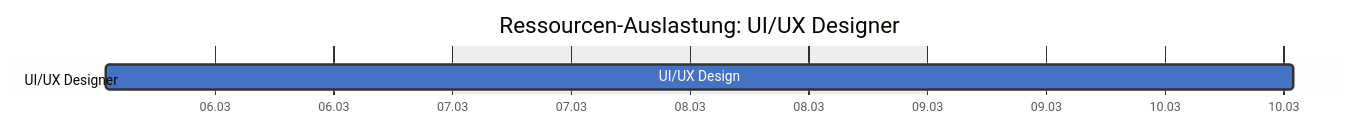
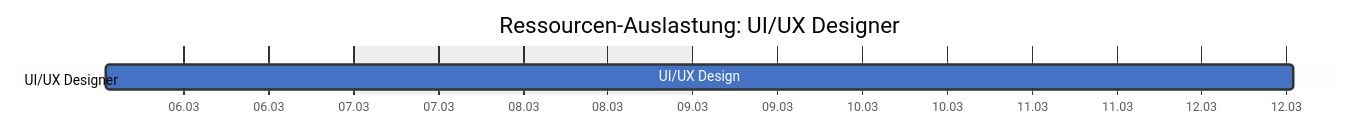
One commit to mistamichael/sproject changed the third of 6 diagrams in doc/result_examples/software_simple.md. Above: the diagram before and after it, drawn with Mermaid. The commit also changed other lines of this file and 48 other files, not shown here.

````diff
--- a/doc/result_examples/software_simple.md
+++ b/doc/result_examples/software_simple.md
@@ -112,12 +114,12 @@
 ```mermaid
 %%{init: {'theme': 'base', 'themeVariables': {'taskBkgColor': '#4472C4', 'taskBorderColor': '#333', 'taskTextColor': '#fff'}}}%%
 gantt
     title Ressourcen-Auslastung: UI/UX Designer
     dateFormat  YYYY-MM-DD HH:mm
     axisFormat  %d.%m
     excludes    weekends, 2026-01-01, 2026-01-06, 2026-04-03, 2026-04-06, 2026-05-01, 2026-05-14, 2026-05-25, 2026-06-04, 2026-08-15, 2026-10-03, 2026-11-01, 2026-12-25, 2026-12-26
 
     section UI/UX Designer
 
-    UI/UX Design                :t0, 2026-03-05 13:00, 2026-03-08 13:00
+    UI/UX Design                :t0, 2026-03-05 13:00, 2026-03-10 13:00
 ```
````
